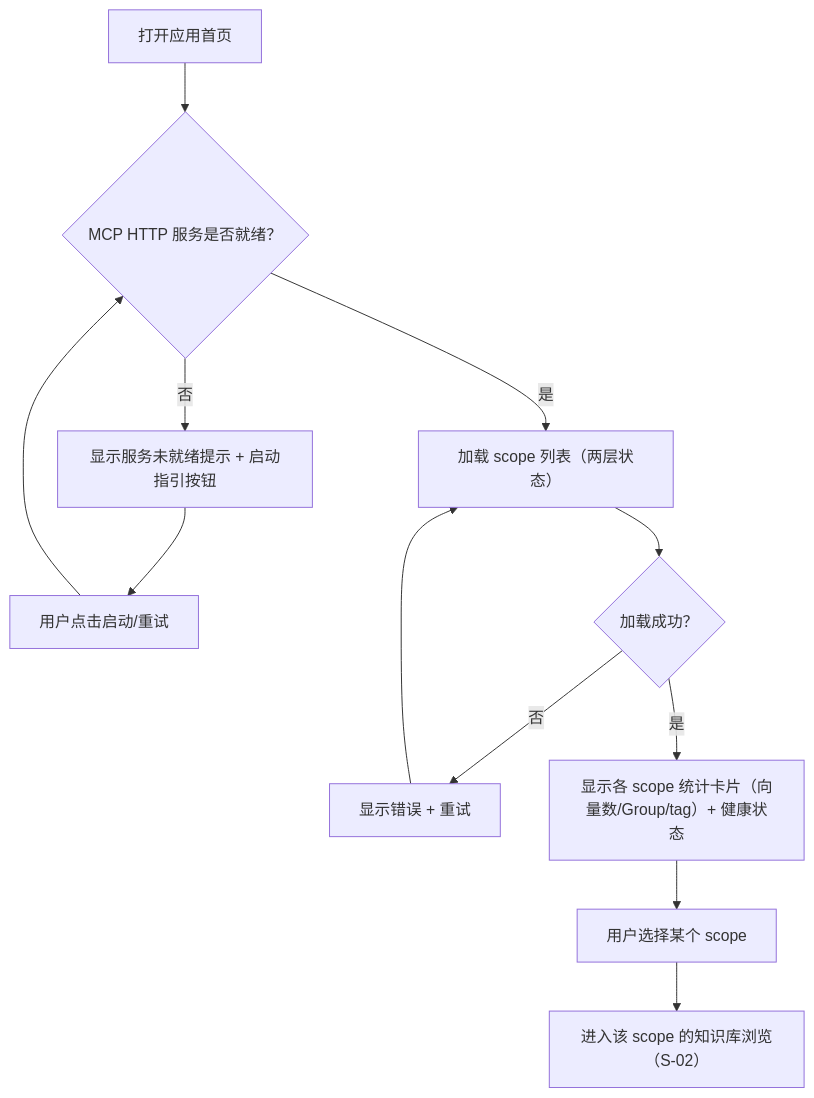
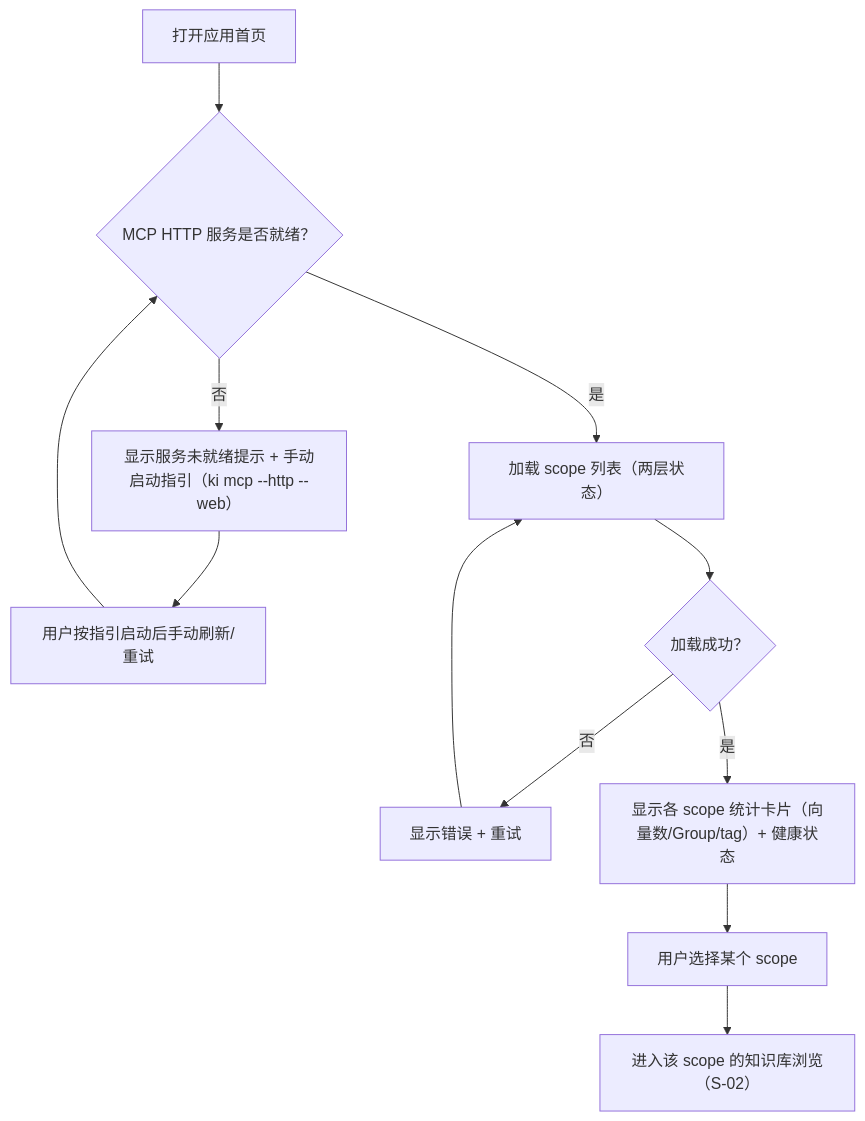
Before and after one commit to HACK-WU/kisearch: the first of 7 diagrams in .requirements/2026-08-06-可视化前端界面/design/interaction-design.md, drawn with Mermaid. The commit also changed other lines of this file and 52 other files, not shown here.

First line of the commit message:
feat(web): 新增可视化前端界面与 MCP HTTP API（对齐 demo）

````diff
--- a/.requirements/2026-08-06-可视化前端界面/design/interaction-design.md
+++ b/.requirements/2026-08-06-可视化前端界面/design/interaction-design.md
@@ -51,14 +52,14 @@
 ```mermaid
 flowchart TD
     A["打开应用首页"] --> B{"MCP HTTP 服务是否就绪？"}
-    B -->|否| C["显示服务未就绪提示 + 启动指引按钮"]
-    C --> D["用户点击启动/重试"]
+    B -->|否| C["显示服务未就绪提示 + 手动启动指引（ki mcp --http --web）"]
+    C --> D["用户按指引启动后手动刷新/重试"]
     D --> B
     B -->|是| E["加载 scope 列表（两层状态）"]
     E --> F{"加载成功？"}
     F -->|否| G["显示错误 + 重试"]
     G --> E
     F -->|是| H["显示各 scope 统计卡片（向量数/Group/tag）+ 健康状态"]
     H --> I["用户选择某个 scope"]
     I --> J["进入该 scope 的知识库浏览（S-02）"]
 ```
````
